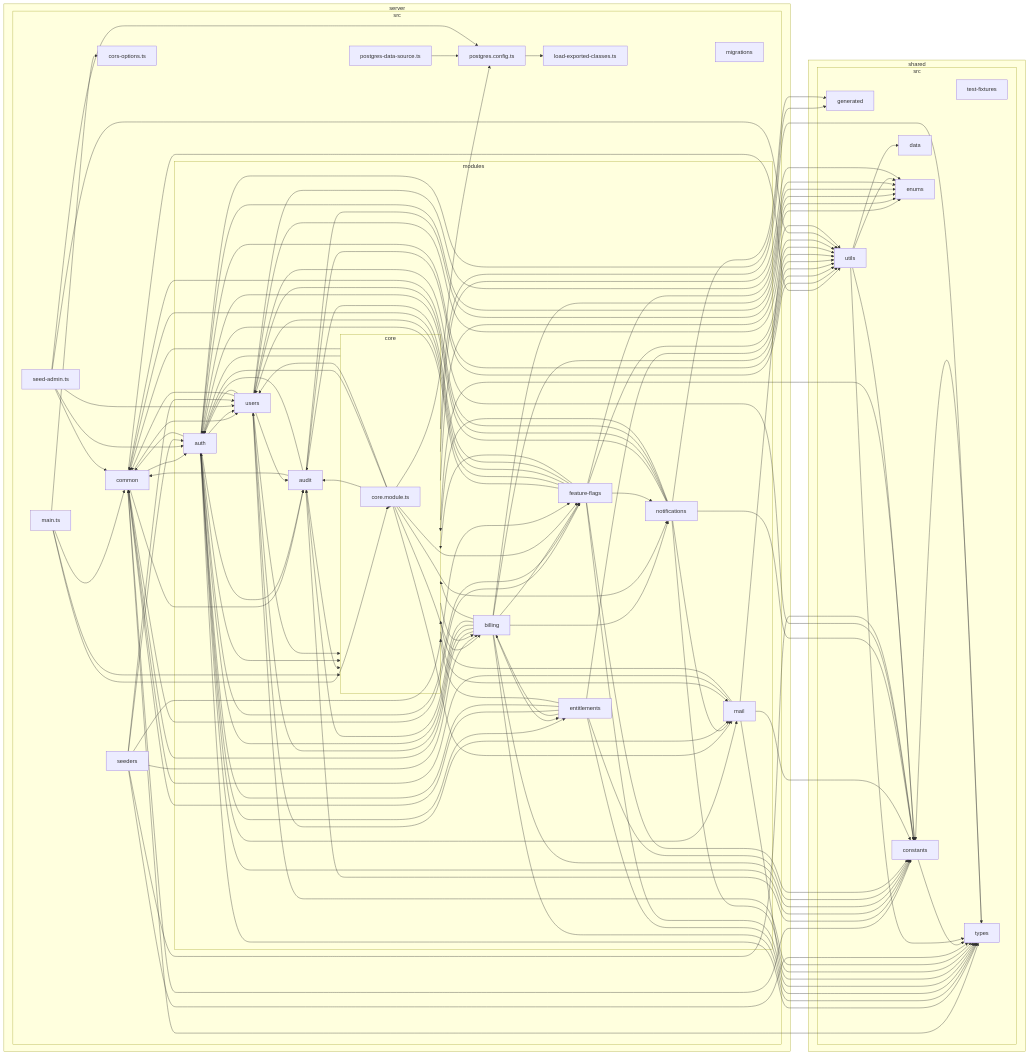
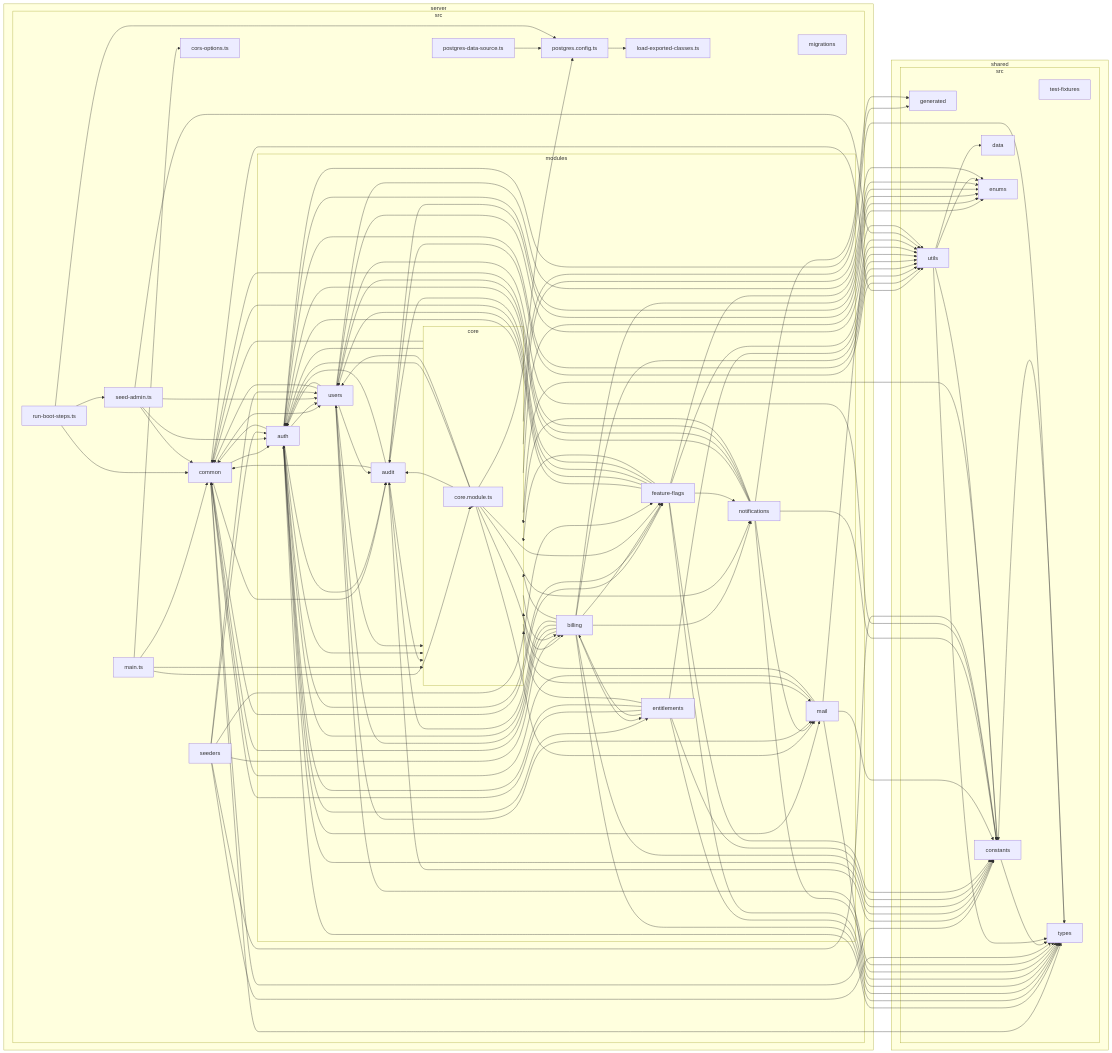
The second of 5 diagrams in architecture/dependency-graph.md (tauinbox/client-server-starter-app), drawn with Mermaid before and after one commit. The commit also changed 2 other files, not shown here.

Commit message:
docs: describe the pool locks of the cron jobs, the resource sync and the boot steps

````diff
--- a/architecture/dependency-graph.md
+++ b/architecture/dependency-graph.md
@@ -62,24 +62,25 @@
 end
 I["postgres-data-source.ts"]
 J["postgres.config.ts"]
-K["seed-admin.ts"]
-L["seeders"]
+K["run-boot-steps.ts"]
+L["seed-admin.ts"]
+M["seeders"]
 end
 end
-subgraph M["shared"]
-subgraph N["src"]
-O["constants"]
-P["data"]
-Q["enums"]
-R["generated"]
-S["test-fixtures"]
-T["types"]
-U["utils"]
+subgraph N["shared"]
+subgraph O["src"]
+P["constants"]
+Q["data"]
+R["enums"]
+S["generated"]
+T["test-fixtures"]
+U["types"]
+V["utils"]
 end
 end
-2-->O
-2-->T
+2-->P
 2-->U
+2-->V
 2-->9
 2-->E
 2-->H
@@ -89,41 +90,41 @@
 5-->B
 5-->C
 8-->B
-8-->Q
-8-->U
+8-->R
+8-->V
 8-->2
 8-->9
-8-->O
-9-->R
+8-->P
+9-->S
 9-->H
-9-->T
+9-->U
 9-->8
 9-->2
 9-->B
 9-->D
-9-->O
-9-->U
-9-->Q
+9-->P
+9-->V
+9-->R
 9-->F
 9-->E
 A-->2
+A-->V
+A-->H
 A-->U
-A-->H
-A-->T
 A-->9
 A-->D
 A-->E
 A-->G
-A-->O
+A-->P
 A-->8
-A-->Q
+A-->R
 A-->B
-B-->Q
-B-->T
+B-->R
+B-->U
 B-->9
 B-->2
-B-->O
-B-->U
+B-->P
+B-->V
 B-->A
 B-->F
 C-->J
@@ -138,59 +139,61 @@
 D-->A
 D-->2
 D-->9
-D-->O
+D-->P
 D-->B
-D-->T
 D-->U
-E-->O
-E-->T
+D-->V
+E-->P
+E-->U
 E-->9
 E-->G
 E-->H
 E-->2
-E-->U
+E-->V
 E-->8
-E-->Q
+E-->R
 E-->B
 F-->2
-F-->O
-F-->T
+F-->P
 F-->U
+F-->V
 F-->B
 G-->9
 G-->H
-G-->T
+G-->U
 G-->2
-G-->O
+G-->P
 G-->B
-G-->R
+G-->S
 G-->F
 H-->2
 H-->9
-H-->O
-H-->T
+H-->P
+H-->U
 H-->8
 H-->F
-H-->U
+H-->V
 H-->B
-H-->Q
+H-->R
 I-->J
 J-->4
 K-->2
-K-->9
-K-->H
 K-->J
-K-->U
-L-->A
-L-->T
-L-->E
-L-->O
+K-->L
+L-->2
 L-->9
 L-->H
-O-->T
-T-->O
-U-->O
-U-->T
+L-->V
+M-->A
+M-->U
+M-->E
+M-->P
+M-->9
+M-->H
+P-->U
 U-->P
-U-->Q
+V-->P
+V-->U
+V-->Q
+V-->R
 ```
````
